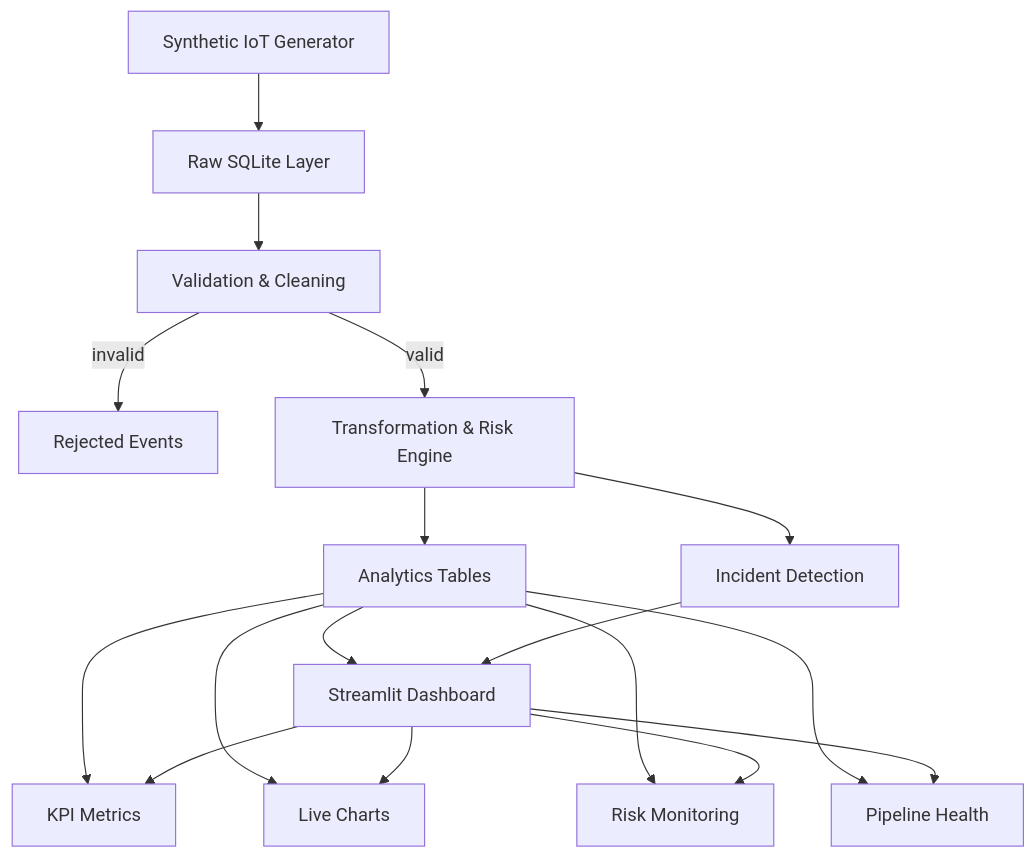
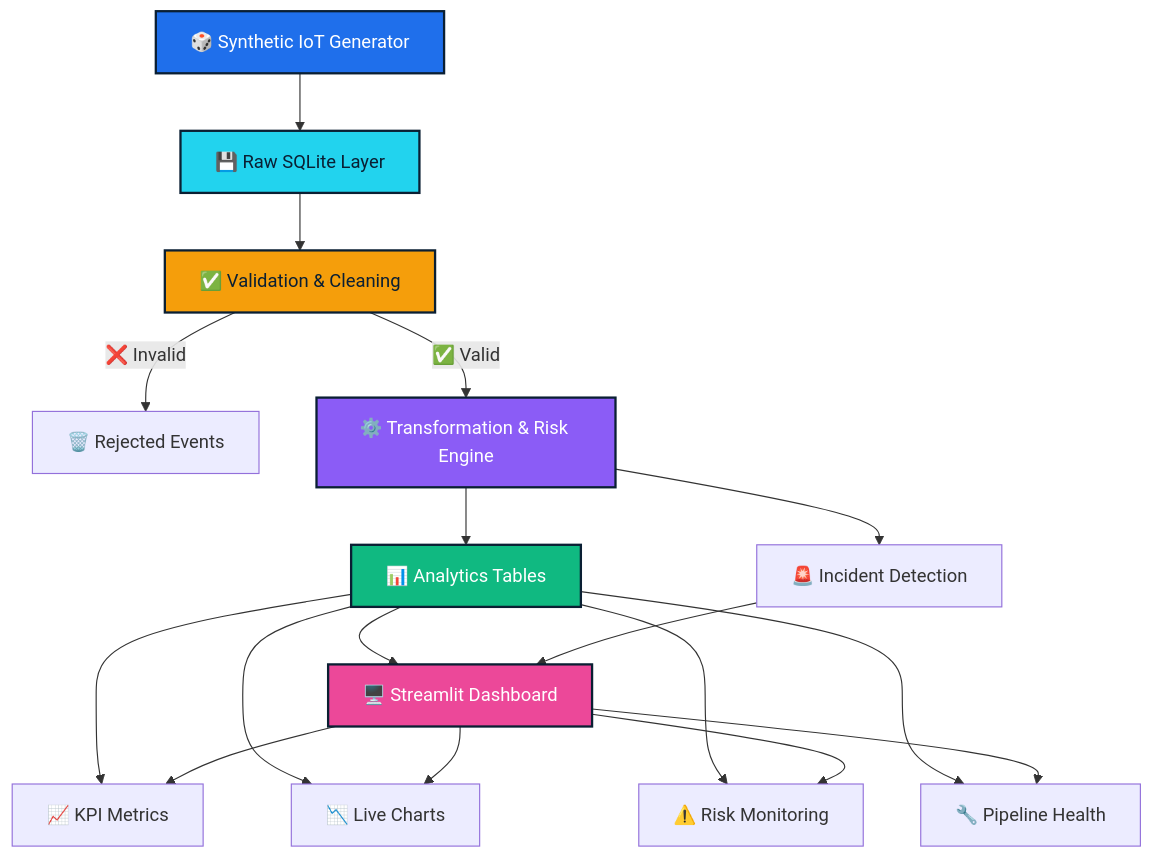
Before and after one commit to sourishdey2005/FrostPulse-Business-Analytics: the first of 2 diagrams in README.md, drawn with Mermaid. The commit also changed other lines of this file, not shown here.

Commit message:
docs: complete README rewrite with STAR/XYZ methods, colorful badges, tables, and professional formatting

````diff
--- a/README.md
+++ b/README.md
@@ -34,19 +101,26 @@
 ```mermaid
 flowchart TD
-    A[Synthetic IoT Generator] --> B[Raw SQLite Layer]
-    B --> C[Validation & Cleaning]
-    C -->|invalid| G[Rejected Events]
-    C -->|valid| D[Transformation & Risk Engine]
-    D --> E[Analytics Tables]
-    D --> H[Incident Detection]
-    E --> F[Streamlit Dashboard]
+    A[🎲 Synthetic IoT Generator] --> B[💾 Raw SQLite Layer]
+    B --> C[✅ Validation & Cleaning]
+    C -->|❌ Invalid| G[🗑️ Rejected Events]
+    C -->|✅ Valid| D[⚙️ Transformation & Risk Engine]
+    D --> E[📊 Analytics Tables]
+    D --> H[🚨 Incident Detection]
+    E --> F[🖥️ Streamlit Dashboard]
     H --> F
-    E --> I[KPI Metrics]
-    E --> J[Live Charts]
-    E --> K[Risk Monitoring]
-    E --> L[Pipeline Health]
+    E --> I[📈 KPI Metrics]
+    E --> J[📉 Live Charts]
+    E --> K[⚠️ Risk Monitoring]
+    E --> L[🔧 Pipeline Health]
     F --> I
     F --> J
     F --> K
     F --> L
+    
+    style A fill:#1F6FEB,color:#fff,stroke:#0A1F33,stroke-width:2px
+    style B fill:#22D3EE,color:#0A1F33,stroke:#0A1F33,stroke-width:2px
+    style C fill:#F59E0B,color:#0A1F33,stroke:#0A1F33,stroke-width:2px
+    style D fill:#8B5CF6,color:#fff,stroke:#0A1F33,stroke-width:2px
+    style E fill:#10B981,color:#fff,stroke:#0A1F33,stroke-width:2px
+    style F fill:#EC4899,color:#fff,stroke:#0A1F33,stroke-width:2px
 ```
````
